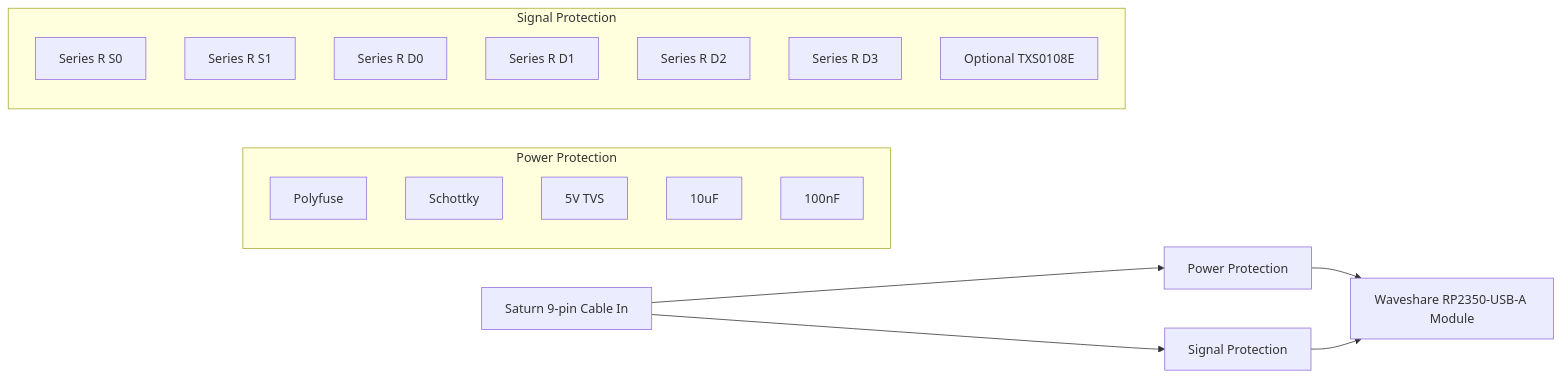
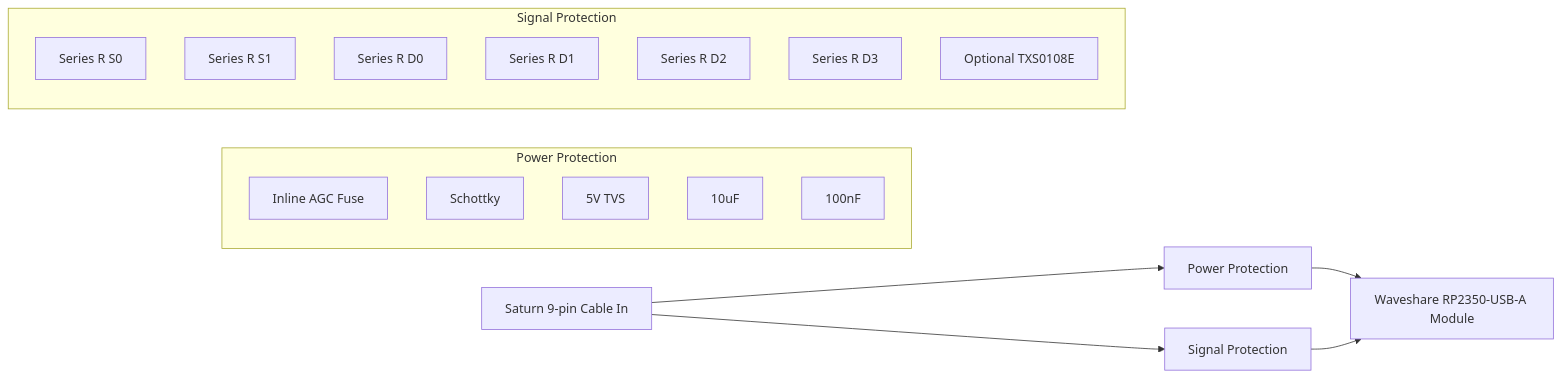
One commit to willll/USB2Saturn changed the diagram in docs/BOARD_DESIGN.md. Above: the diagram before and after it, drawn with Mermaid. The commit also changed other lines of this file and 4 other files, not shown here.

Commit message:
feat: update documentation for inline fuse and power budgeting in schematics and BOM

````diff
--- a/docs/BOARD_DESIGN.md
+++ b/docs/BOARD_DESIGN.md
@@ -20,26 +20,26 @@
 ```mermaid
 flowchart LR
     J1[Saturn 9-pin Cable In] --> PWR[Power Protection]
     J1 --> SIG[Signal Protection]
 
     subgraph Power Protection
-      F1[Polyfuse]
+      F1[Inline AGC Fuse]
       D1[Schottky]
       TVS1[5V TVS]
       C1[10uF]
       C2[100nF]
     end
 
     subgraph Signal Protection
       RS0[Series R S0]
       RS1[Series R S1]
       RD0[Series R D0]
       RD1[Series R D1]
       RD2[Series R D2]
       RD3[Series R D3]
       U2[Optional TXS0108E]
     end
 
     PWR --> U1[Waveshare RP2350-USB-A Module]
     SIG --> U1
 ```
````
